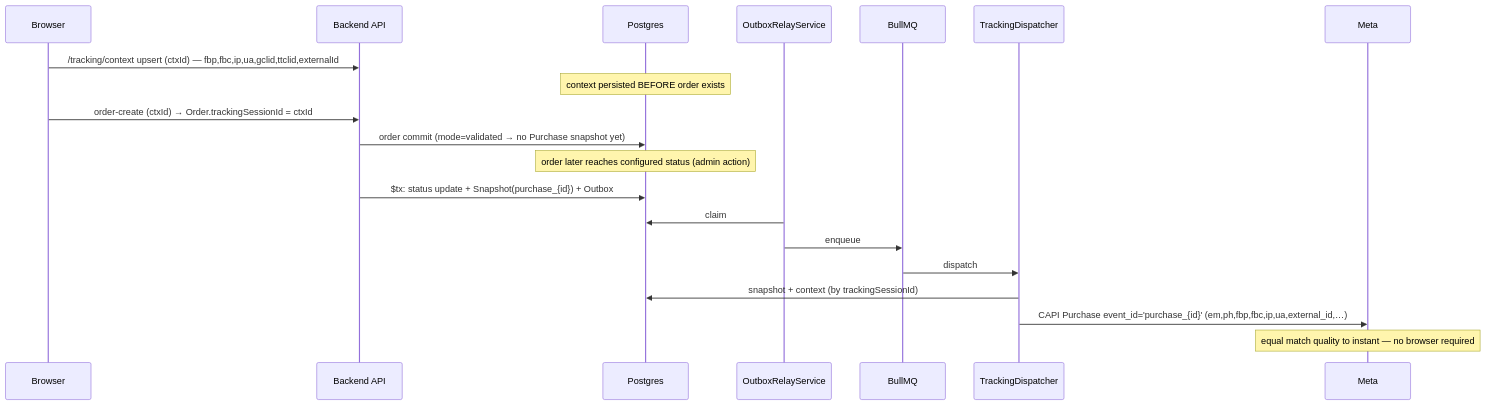
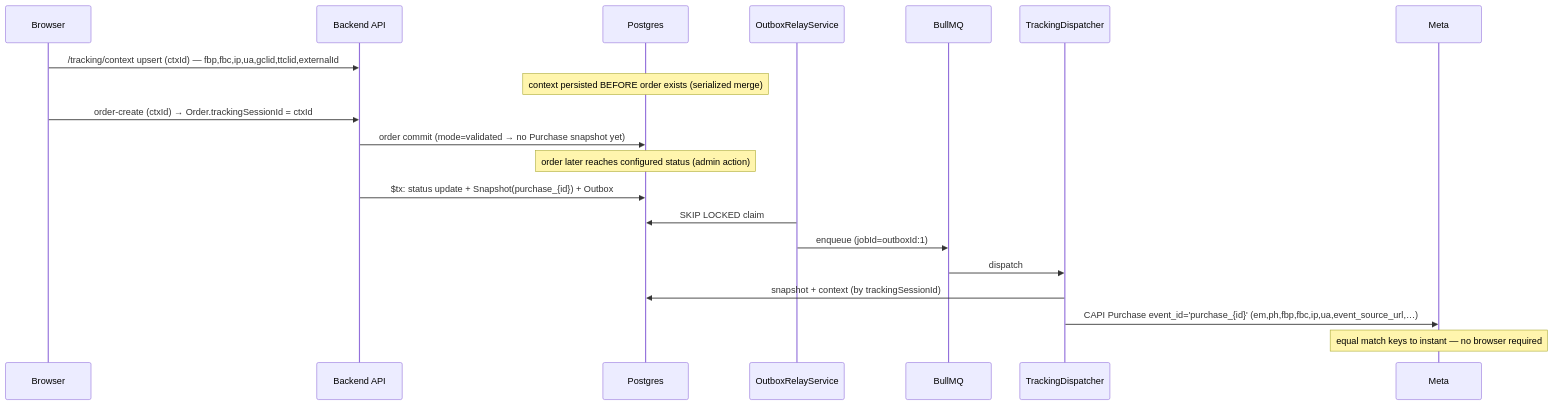
The second of 4 diagrams in docs/superpowers/specs/2026-08-02-ecomate-capi-redesign-design.md (MahmudulHasanRiaz/EcoMate-Web), drawn with Mermaid before and after one commit. The commit also changed other lines of this file, not shown here.

First line of the commit message:
docs(tracking): harden CAPI redesign spec after adversarial audit

````diff
--- a/docs/superpowers/specs/2026-08-02-ecomate-capi-redesign-design.md
+++ b/docs/superpowers/specs/2026-08-02-ecomate-capi-redesign-design.md
@@ -568,22 +651,22 @@
 ```mermaid
 sequenceDiagram
   participant B as Browser
   participant API as Backend API
   participant DB as Postgres
   participant R as OutboxRelayService
   participant Q as BullMQ
   participant D as TrackingDispatcher
   participant M as Meta
   B->>API: /tracking/context upsert (ctxId) — fbp,fbc,ip,ua,gclid,ttclid,externalId
-  Note over DB: context persisted BEFORE order exists
+  Note over DB: context persisted BEFORE order exists (serialized merge)
   B->>API: order-create (ctxId) → Order.trackingSessionId = ctxId
   API->>DB: order commit (mode=validated → no Purchase snapshot yet)
   Note over DB: order later reaches configured status (admin action)
   API->>DB: $tx: status update + Snapshot(purchase_{id}) + Outbox
-  R->>DB: claim
-  R->>Q: enqueue
+  R->>DB: SKIP LOCKED claim
+  R->>Q: enqueue (jobId=outboxId:1)
   Q->>D: dispatch
   D->>DB: snapshot + context (by trackingSessionId)
-  D->>M: CAPI Purchase event_id='purchase_{id}' (em,ph,fbp,fbc,ip,ua,external_id,…)
-  Note over M: equal match quality to instant — no browser required
+  D->>M: CAPI Purchase event_id='purchase_{id}' (em,ph,fbp,fbc,ip,ua,event_source_url,…)
+  Note over M: equal match keys to instant — no browser required
 ```
````
